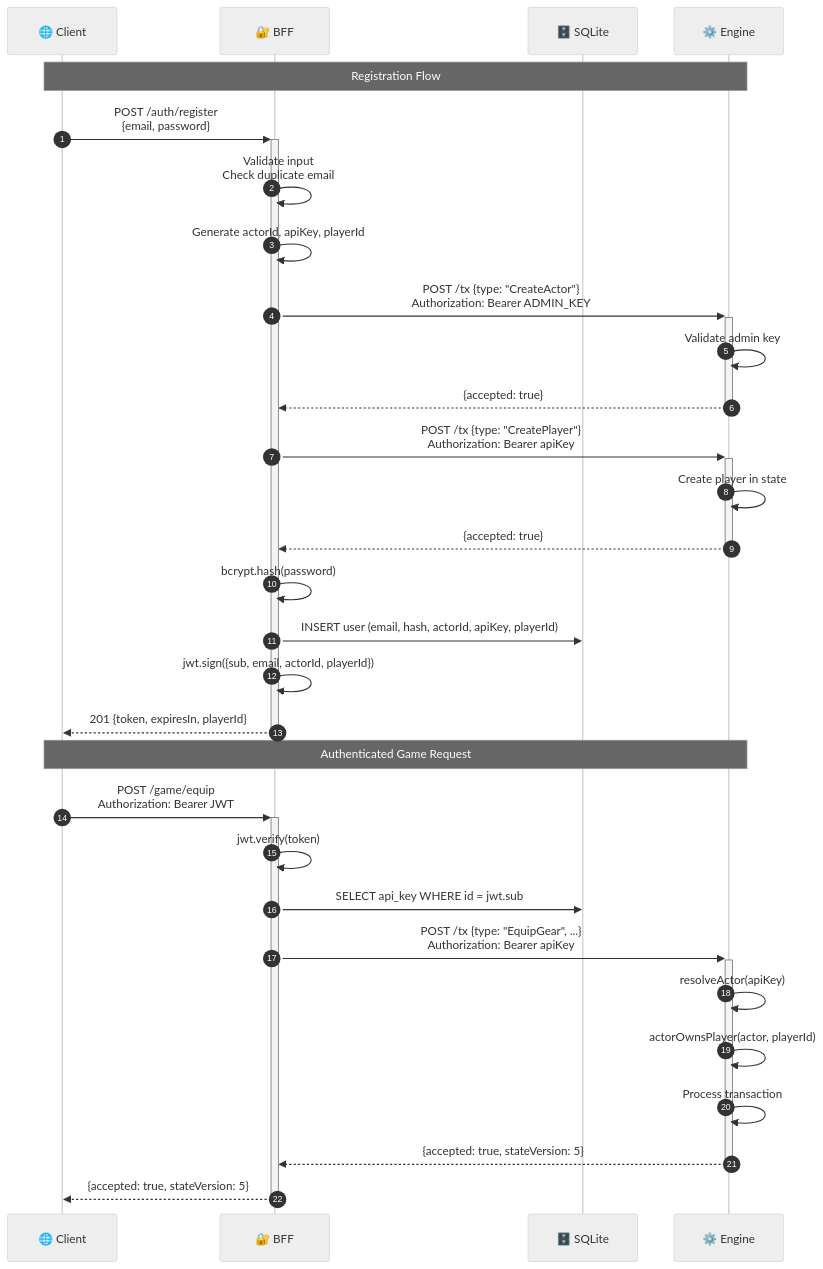
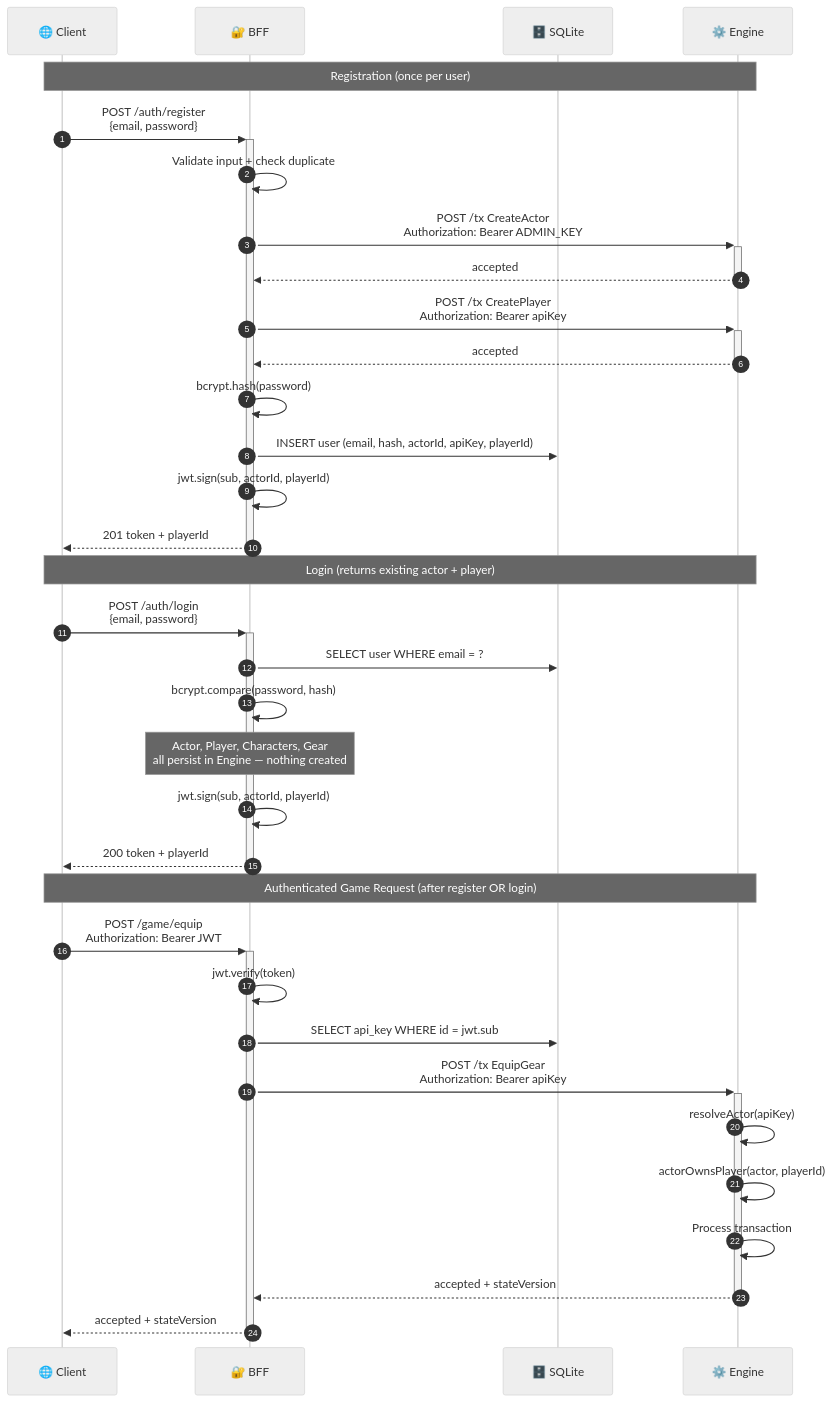
Before and after one commit to jjnieto/Gameng: the third of 11 diagrams in docs/ARCHITECTURE.md, drawn with Mermaid (neutral theme). The commit also changed 1 other file, not shown here.

Commit message:
bffdiag2

````diff
--- a/docs/ARCHITECTURE.md
+++ b/docs/ARCHITECTURE.md
@@ -135,39 +135,45 @@
 ```mermaid
 sequenceDiagram
   autonumber
   participant C as 🌐 Client
   participant B as 🔐 BFF
   participant DB as 🗄️ SQLite
   participant E as ⚙️ Engine
 
-  Note over C,E: Registration Flow
+  Note over C,E: Registration (once per user)
 
   C->>+B: POST /auth/register<br/>{email, password}
-  B->>B: Validate input<br/>Check duplicate email
-  B->>B: Generate actorId, apiKey, playerId
+  B->>B: Validate input + check duplicate
 
-  B->>+E: POST /tx {type: "CreateActor"}<br/>Authorization: Bearer ADMIN_KEY
-  E->>E: Validate admin key
-  E-->>-B: {accepted: true}
+  B->>+E: POST /tx CreateActor<br/>Authorization: Bearer ADMIN_KEY
+  E-->>-B: accepted
 
-  B->>+E: POST /tx {type: "CreatePlayer"}<br/>Authorization: Bearer apiKey
-  E->>E: Create player in state
-  E-->>-B: {accepted: true}
+  B->>+E: POST /tx CreatePlayer<br/>Authorization: Bearer apiKey
+  E-->>-B: accepted
 
   B->>B: bcrypt.hash(password)
   B->>DB: INSERT user (email, hash, actorId, apiKey, playerId)
-  B->>B: jwt.sign({sub, email, actorId, playerId})
-  B-->>-C: 201 {token, expiresIn, playerId}
+  B->>B: jwt.sign(sub, actorId, playerId)
+  B-->>-C: 201 token + playerId
 
-  Note over C,E: Authenticated Game Request
+  Note over C,E: Login (returns existing actor + player)
+
+  C->>+B: POST /auth/login<br/>{email, password}
+  B->>DB: SELECT user WHERE email = ?
+  B->>B: bcrypt.compare(password, hash)
+  Note over B: Actor, Player, Characters, Gear<br/>all persist in Engine — nothing created
+  B->>B: jwt.sign(sub, actorId, playerId)
+  B-->>-C: 200 token + playerId
+
+  Note over C,E: Authenticated Game Request (after register OR login)
 
   C->>+B: POST /game/equip<br/>Authorization: Bearer JWT
   B->>B: jwt.verify(token)
   B->>DB: SELECT api_key WHERE id = jwt.sub
-  B->>+E: POST /tx {type: "EquipGear", ...}<br/>Authorization: Bearer apiKey
+  B->>+E: POST /tx EquipGear<br/>Authorization: Bearer apiKey
   E->>E: resolveActor(apiKey)
   E->>E: actorOwnsPlayer(actor, playerId)
   E->>E: Process transaction
-  E-->>-B: {accepted: true, stateVersion: 5}
-  B-->>-C: {accepted: true, stateVersion: 5}
+  E-->>-B: accepted + stateVersion
+  B-->>-C: accepted + stateVersion
 ```
````
